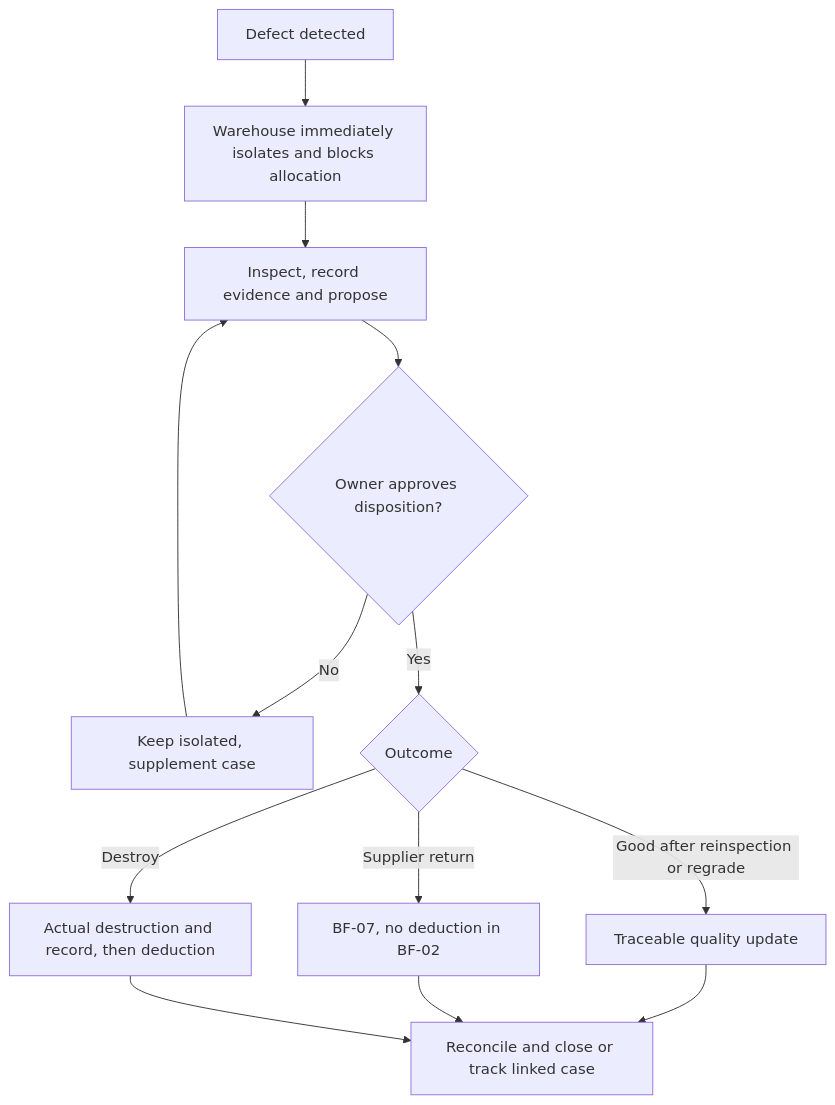
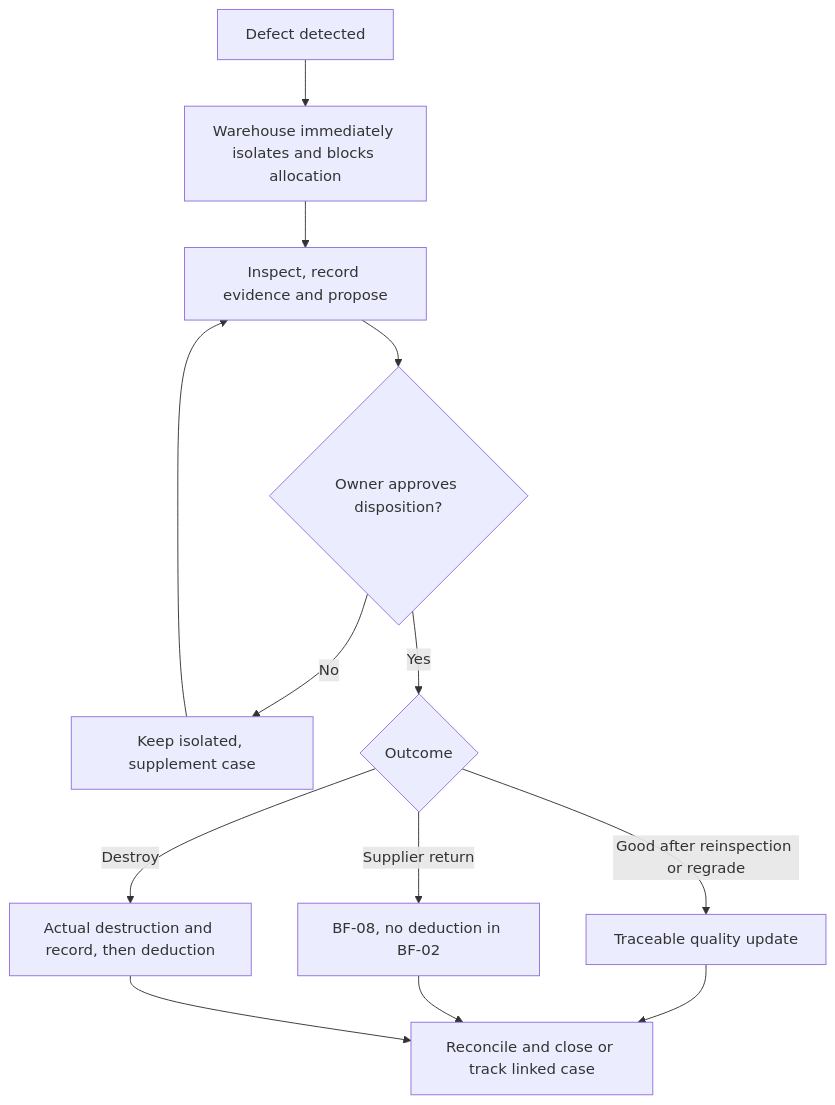
Before and after one commit to minhbach032003/docs_doan: the third of 9 diagrams in docs/02_nghiep_vu/de_xuat_quy_trinh_2_EN.md, drawn with Mermaid. The commit also changed other lines of this file and 5 other files, not shown here.

Commit message:
docs: split warehouse flows and align sales data model

````diff
--- a/docs/02_nghiep_vu/de_xuat_quy_trinh_2_EN.md
+++ b/docs/02_nghiep_vu/de_xuat_quy_trinh_2_EN.md
@@ -637,15 +678,15 @@
 ```mermaid
 flowchart TD
  A[Defect detected] --> B[Warehouse immediately isolates and blocks allocation]
  B --> C[Inspect, record evidence and propose]
  C --> D{Owner approves disposition?}
  D -->|No| E[Keep isolated, supplement case]
  E --> C
  D -->|Yes| F{Outcome}
  F -->|Good after reinspection or regrade| G[Traceable quality update]
- F -->|Supplier return| H[BF-07, no deduction in BF-02]
+ F -->|Supplier return| H[BF-08, no deduction in BF-02]
  F -->|Destroy| I[Actual destruction and record, then deduction]
  G --> J[Reconcile and close or track linked case]
  H --> J
  I --> J
 ```
````
